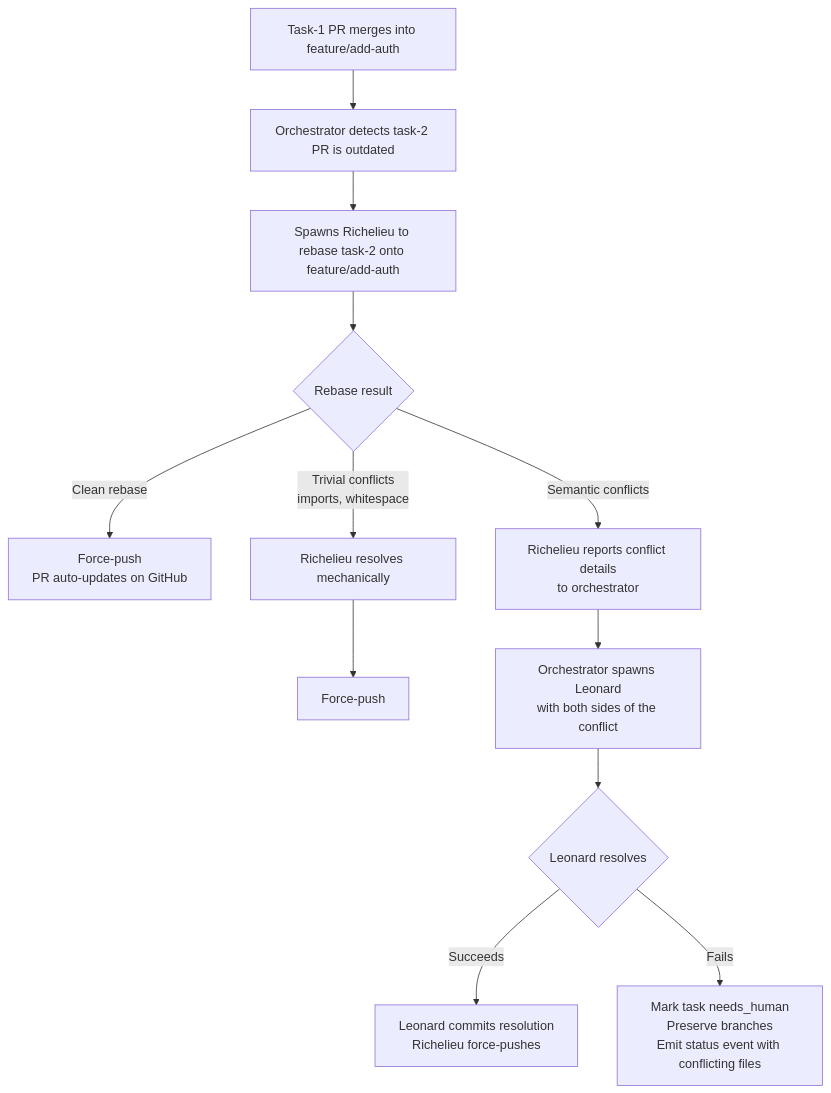
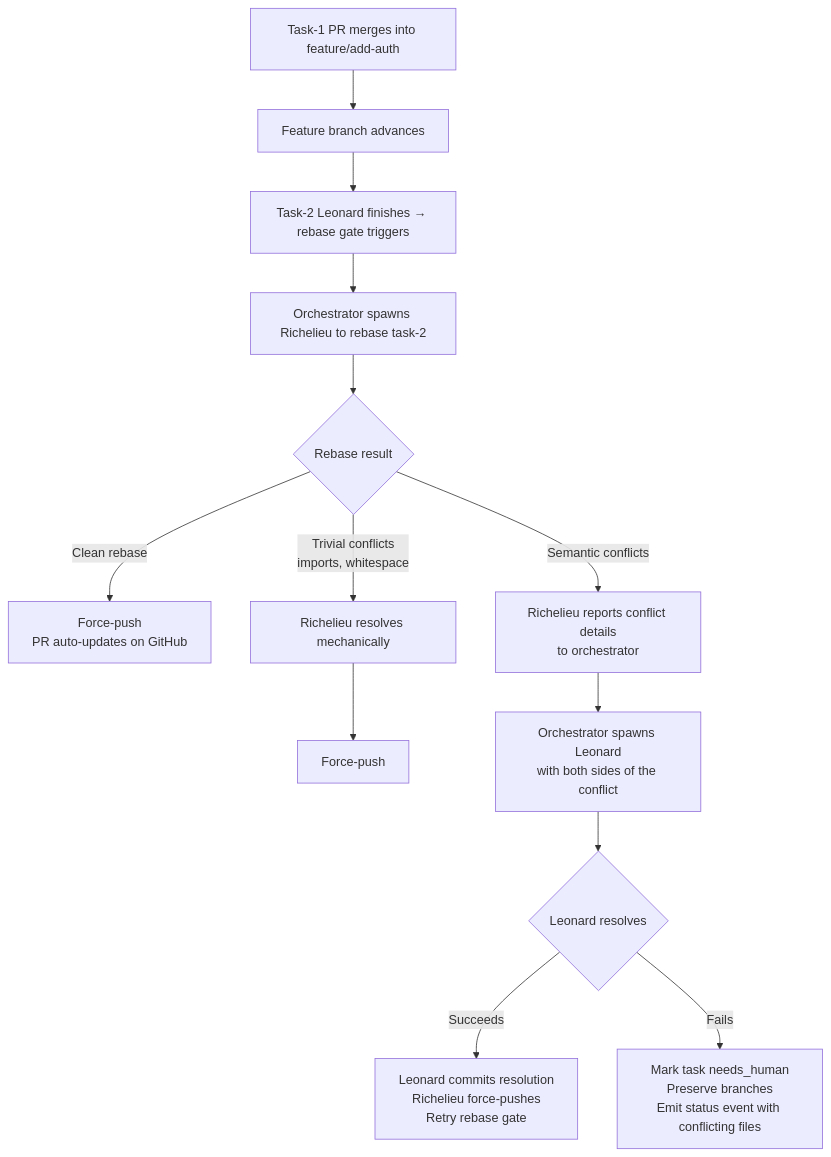
One commit to 0xc14m1z/opex changed the third of 7 diagrams in docs/specs/01-workflow.md. Above: the diagram before and after it, drawn with Mermaid. The commit also changed other lines of this file and 3 other files, not shown here.

First line of the commit message:
docs: resolve workflow issue 4 (rebase gate for post-merge conflict resolution)

````diff
--- a/docs/specs/01-workflow.md
+++ b/docs/specs/01-workflow.md
@@ -162,14 +162,15 @@
 ```mermaid
 flowchart TD
-    A[Task-1 PR merges into feature/add-auth] --> B[Orchestrator detects task-2 PR is outdated]
-    B --> C[Spawns Richelieu to rebase task-2 onto feature/add-auth]
-    C --> D{Rebase result}
-    D -->|Clean rebase| E[Force-push\nPR auto-updates on GitHub]
-    D -->|Trivial conflicts\nimports, whitespace| F[Richelieu resolves mechanically]
-    F --> G[Force-push]
-    D -->|Semantic conflicts| H[Richelieu reports conflict details\nto orchestrator]
-    H --> I[Orchestrator spawns Leonard\nwith both sides of the conflict]
-    I --> J{Leonard resolves}
-    J -->|Succeeds| K[Leonard commits resolution\nRichelieu force-pushes]
-    J -->|Fails| L[Mark task needs_human\nPreserve branches\nEmit status event with conflicting files]
+    A[Task-1 PR merges into feature/add-auth] --> B[Feature branch advances]
+    B --> C[Task-2 Leonard finishes → rebase gate triggers]
+    C --> D[Orchestrator spawns Richelieu to rebase task-2]
+    D --> E{Rebase result}
+    E -->|Clean rebase| F[Force-push\nPR auto-updates on GitHub]
+    E -->|Trivial conflicts\nimports, whitespace| G[Richelieu resolves mechanically]
+    G --> H[Force-push]
+    E -->|Semantic conflicts| I[Richelieu reports conflict details\nto orchestrator]
+    I --> J[Orchestrator spawns Leonard\nwith both sides of the conflict]
+    J --> K{Leonard resolves}
+    K -->|Succeeds| L[Leonard commits resolution\nRichelieu force-pushes\nRetry rebase gate]
+    K -->|Fails| M[Mark task needs_human\nPreserve branches\nEmit status event with conflicting files]
 ```
````
